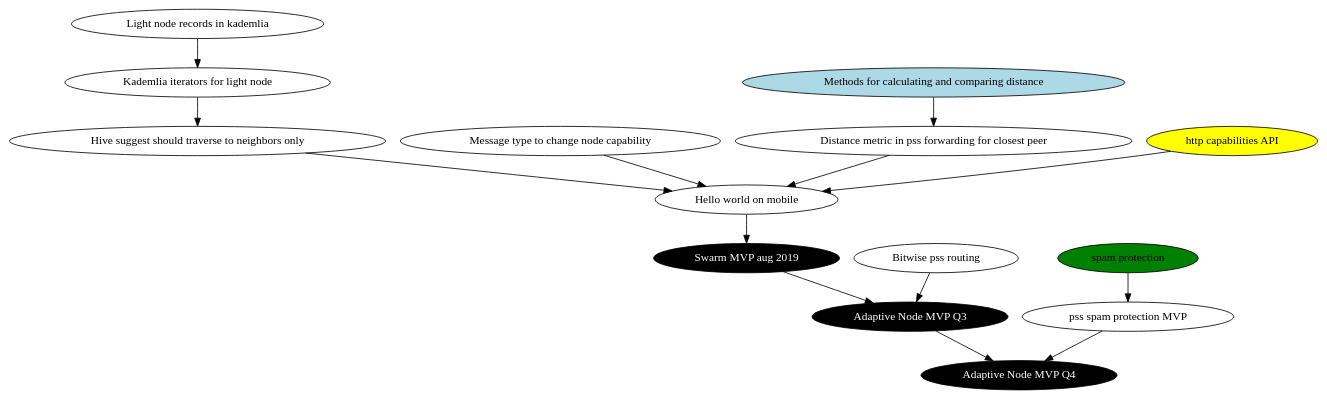
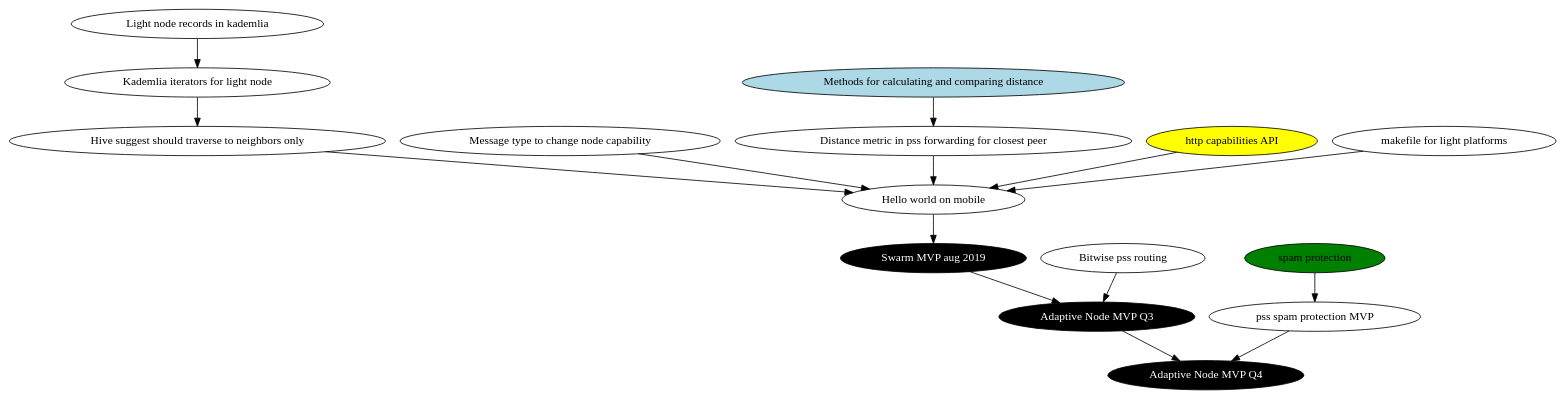
One commit to nolash/swarm-adaptive-node changed the diagram in pssdep.dot. Above: the diagram before and after it, drawn with Graphviz. The commit also changed 3 other files, not shown here.

```diff
--- a/pssdep.dot
+++ b/pssdep.dot
@@ -1,27 +1,29 @@
 digraph {
 	kademlia_db [label="Light node records in kademlia"]
 	kademlia_access [label="Kademlia iterators for light node"]
 	discovery_caps [label="Message type to change node capability"]
 	hive [label="Hive suggest should traverse to neighbors only"]
 	distance_core [label="Methods for calculating and comparing distance",style="filled",fillcolor="lightblue"]
 	distance [label="Distance metric in pss forwarding for closest peer"]
 	helloworld [label="Hello world on mobile"]
 	mvp_aug [label="Swarm MVP aug 2019",style="filled",fillcolor="black",fontcolor="white"]
 	mvp_q3 [label="Adaptive Node MVP Q3",style="filled",fillcolor="black",fontcolor="white"]
 	mvp_q4 [label="Adaptive Node MVP Q4",style="filled",fillcolor="black",fontcolor="white"]
 	bitwise [label="Bitwise pss routing"]
 	spam [label="spam protection",style="filled",fillcolor="green"]
 	minspam [label="pss spam protection MVP"]
 	httpcaps [label="http capabilities API",style="filled",fillcolor="yellow"]
+	make [label="makefile for light platforms"]
 	
 	distance_core -> distance -> helloworld
 	kademlia_db -> kademlia_access -> hive -> helloworld
 	discovery_caps -> helloworld
 	httpcaps -> helloworld
+	make -> helloworld
 
 	bitwise -> mvp_q3 
 	spam -> minspam -> mvp_q4
 
 	helloworld -> mvp_aug -> mvp_q3 -> mvp_q4
 	
 }
```
